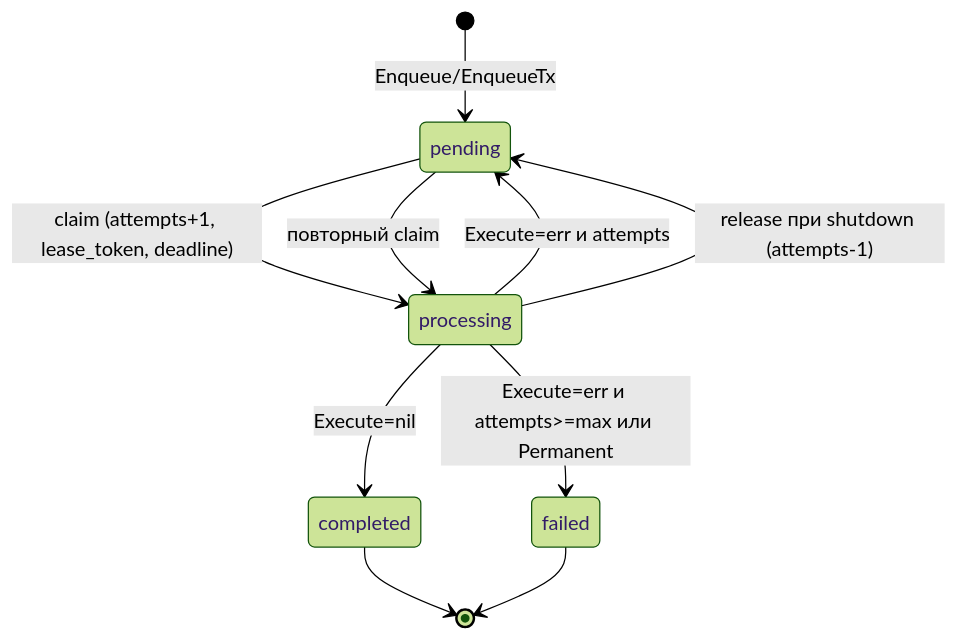
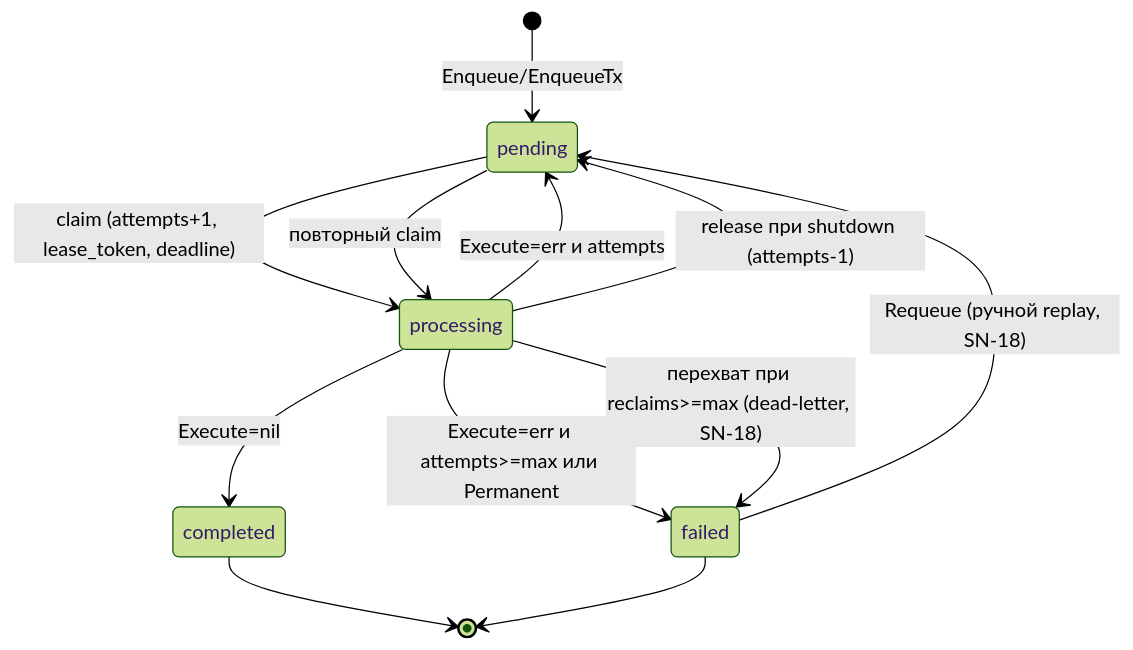
Before and after one commit to bobrovka/dispoller: the second of 2 diagrams in docs/design.md, drawn with Mermaid (forest theme). The commit also changed other lines of this file and 1 other file, not shown here.

First line of the commit message:
docs: SN-18 reclaim budget — dead-letter for serial worker crashes

````diff
--- a/docs/design.md
+++ b/docs/design.md
@@ -628,12 +703,14 @@
 ```mermaid
 stateDiagram-v2
     [*] --> pending: Enqueue/EnqueueTx
     pending --> processing: claim (attempts+1, lease_token, deadline)
     processing --> completed: Execute=nil
     processing --> pending: Execute=err и attempts<max (backoff)
     processing --> failed: Execute=err и attempts>=max или Permanent
     processing --> pending: release при shutdown (attempts-1)
+    processing --> failed: перехват при reclaims>=max (dead-letter, SN-18)
     pending --> processing: повторный claim
+    failed --> pending: Requeue (ручной replay, SN-18)
     completed --> [*]
     failed --> [*]
 ```
````
